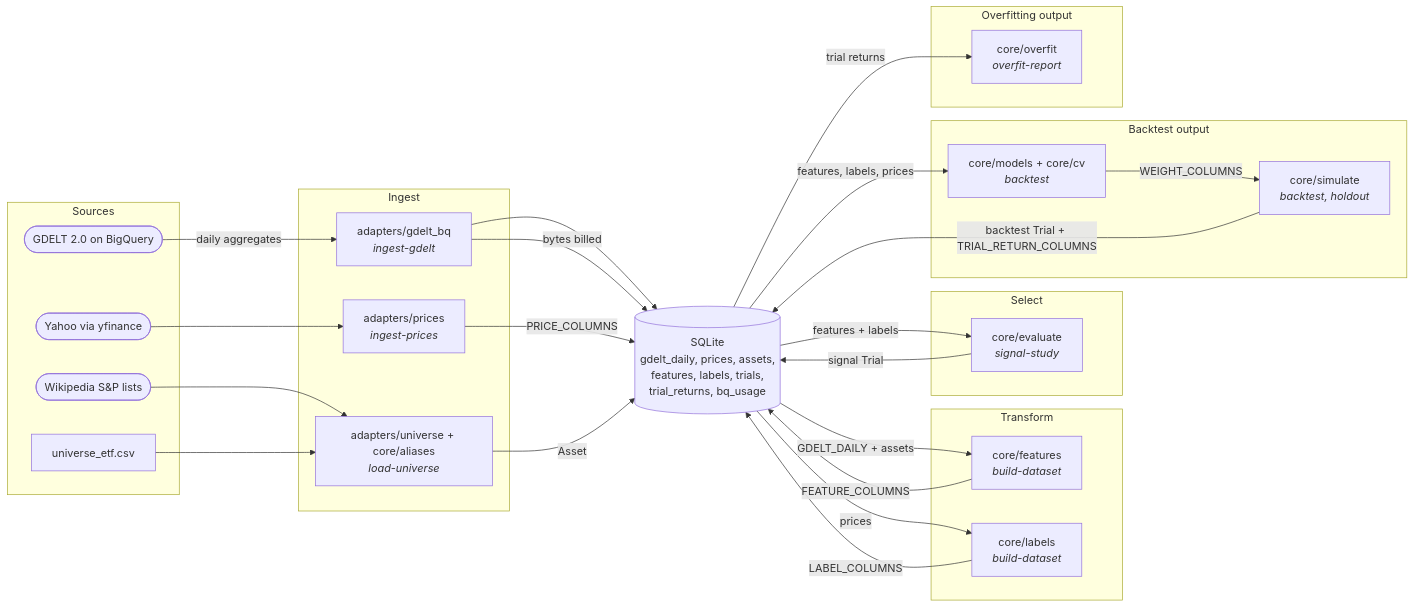
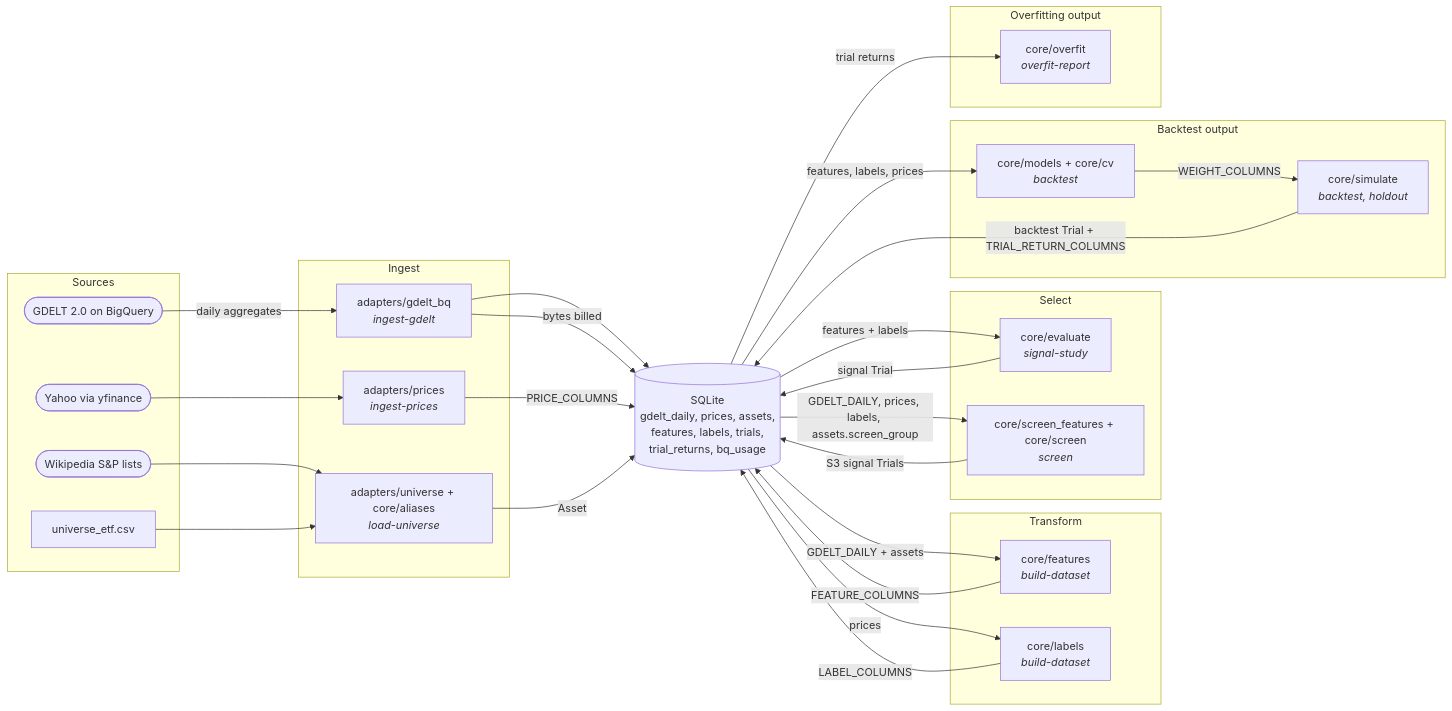
One commit to Boyao0305/eventtrade-gdelt changed the second of 2 diagrams in docs/components/cli.md. Above: the diagram before and after it, drawn with Mermaid. The commit also changed other lines of this file and 17 other files, not shown here.

````diff
--- a/docs/components/cli.md
+++ b/docs/components/cli.md
@@ -35,40 +40,42 @@
 ```mermaid
 flowchart LR
     subgraph sources[Sources]
         bq([GDELT 2.0 on BigQuery])
         yahoo([Yahoo via yfinance])
         wiki([Wikipedia S&P lists])
         csv[universe_etf.csv]
     end
     subgraph ingest[Ingest]
         gdelt_bq["adapters/gdelt_bq<br/><i>ingest-gdelt</i>"]
         prices["adapters/prices<br/><i>ingest-prices</i>"]
         universe["adapters/universe + core/aliases<br/><i>load-universe</i>"]
     end
     db[(SQLite<br/>gdelt_daily, prices, assets,<br/>features, labels, trials,<br/>trial_returns, bq_usage)]
     subgraph build[Transform]
         features["core/features<br/><i>build-dataset</i>"]
         labels["core/labels<br/><i>build-dataset</i>"]
     end
     subgraph select[Select]
         evaluate["core/evaluate<br/><i>signal-study</i>"]
+        screen["core/screen_features + core/screen<br/><i>screen</i>"]
     end
     subgraph bt[Backtest output]
         models["core/models + core/cv<br/><i>backtest</i>"]
         simulate["core/simulate<br/><i>backtest, holdout</i>"]
     end
     subgraph of[Overfitting output]
         overfit["core/overfit<br/><i>overfit-report</i>"]
     end
     bq -->|daily aggregates| gdelt_bq --> db
     gdelt_bq -->|bytes billed| db
     yahoo --> prices -->|PRICE_COLUMNS| db
     wiki --> universe
     csv --> universe -->|Asset| db
     db -->|GDELT_DAILY + assets| features -->|FEATURE_COLUMNS| db
     db -->|prices| labels -->|LABEL_COLUMNS| db
     db -->|features + labels| evaluate -->|signal Trial| db
+    db -->|GDELT_DAILY, prices, labels, assets.screen_group| screen -->|S3 signal Trials| db
     db -->|features, labels, prices| models -->|WEIGHT_COLUMNS| simulate
     simulate -->|backtest Trial + TRIAL_RETURN_COLUMNS| db
     db -->|trial returns| overfit
 ```
````
